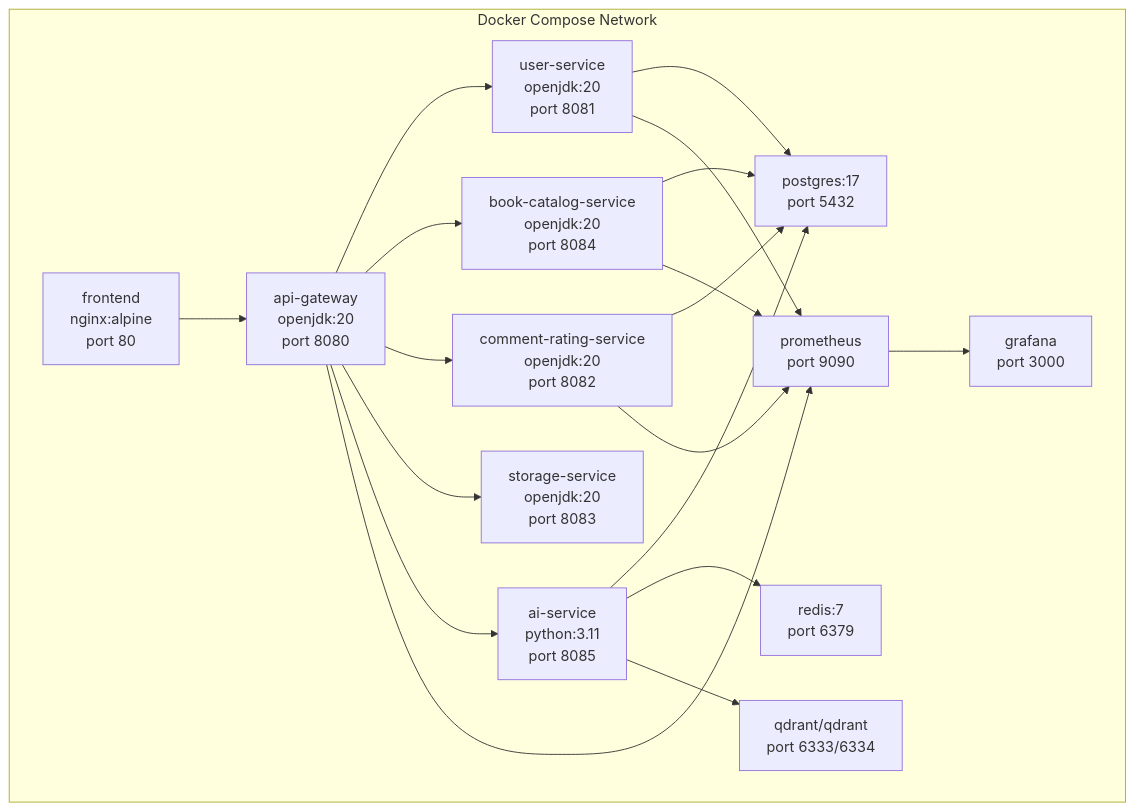
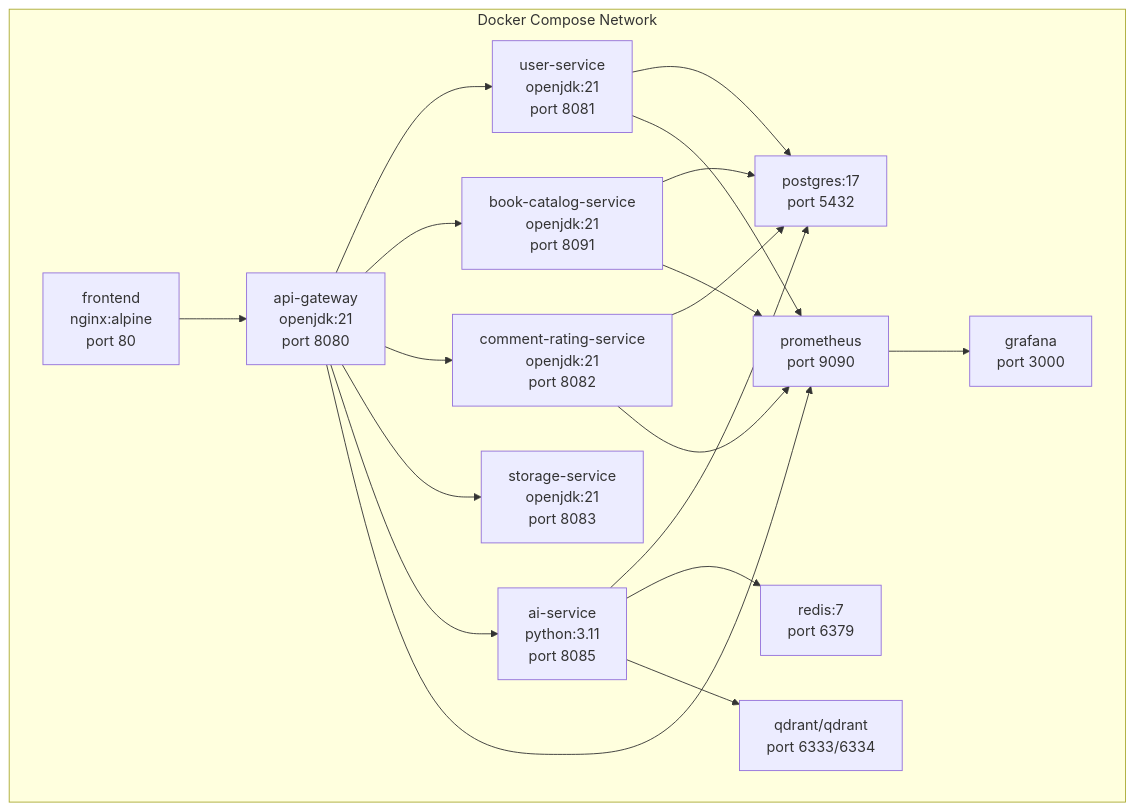
One commit to Pavel-Skibin/DigitalLibrary changed the diagram in docs/ARCHITECTURE.md. Above: the diagram before and after it, drawn with Mermaid. The commit also changed other lines of this file and 21 other files, not shown here.

````diff
--- a/docs/ARCHITECTURE.md
+++ b/docs/ARCHITECTURE.md
@@ -77,35 +19,35 @@
 ```mermaid
 graph TD
     subgraph docker["Docker Compose Network"]
         FE["frontend<br/>nginx:alpine<br/>port 80"]
-        GW["api-gateway<br/>openjdk:20<br/>port 8080"]
-        US["user-service<br/>openjdk:20<br/>port 8081"]
-        CR["comment-rating-service<br/>openjdk:20<br/>port 8082"]
-        SS["storage-service<br/>openjdk:20<br/>port 8083"]
-        BC["book-catalog-service<br/>openjdk:20<br/>port 8084"]
+        GW["api-gateway<br/>openjdk:21<br/>port 8080"]
+        US["user-service<br/>openjdk:21<br/>port 8081"]
+        CR["comment-rating-service<br/>openjdk:21<br/>port 8082"]
+        SS["storage-service<br/>openjdk:21<br/>port 8083"]
+        BC["book-catalog-service<br/>openjdk:21<br/>port 8091"]
         AI["ai-service<br/>python:3.11<br/>port 8085"]
         PG["postgres:17<br/>port 5432"]
         RD["redis:7<br/>port 6379"]
         QD["qdrant/qdrant<br/>port 6333/6334"]
         PR["prometheus<br/>port 9090"]
         GF["grafana<br/>port 3000"]
     end
 
     FE --> GW
     GW --> US
     GW --> BC
     GW --> CR
     GW --> SS
     GW --> AI
     US --> PG
     BC --> PG
     CR --> PG
     AI --> PG
     AI --> RD
     AI --> QD
     US --> PR
     BC --> PR
     CR --> PR
     GW --> PR
     PR --> GF
 ```
````
